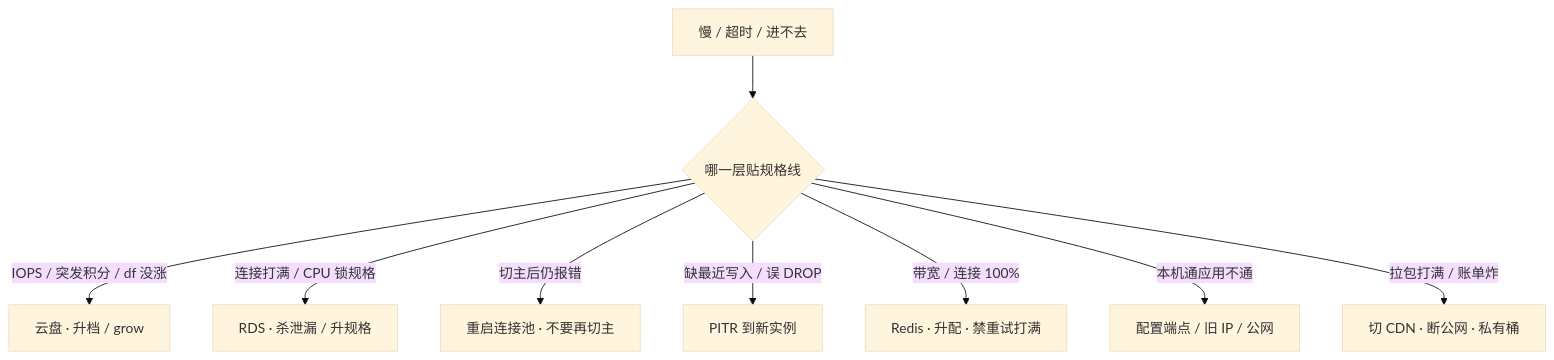
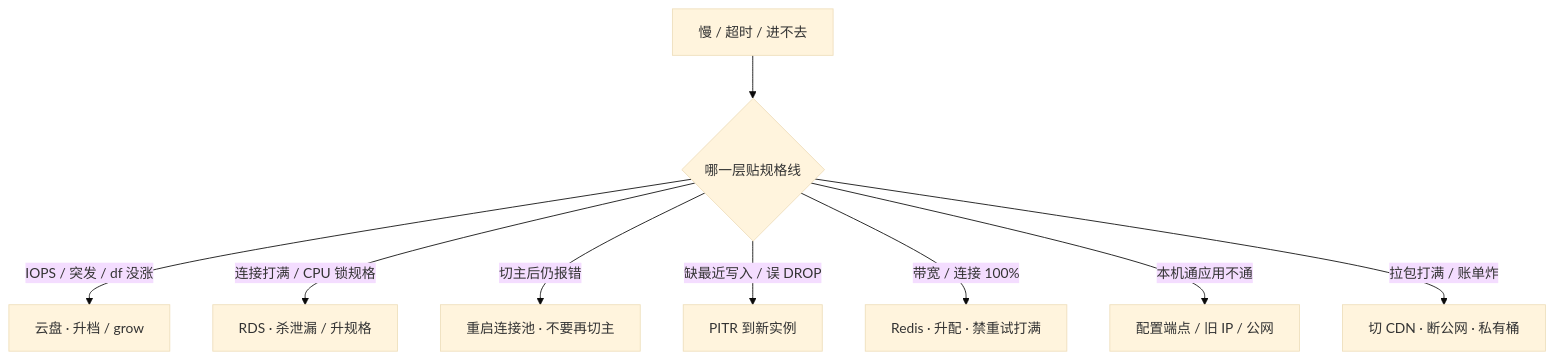
The eighth of 8 diagrams in 06-云平台/03-云上存储与数据库/知识点.md (ml-cuizijun/LearnToLilith), drawn with Mermaid (base theme) before and after one commit. The commit also changed other lines of this file and 178 other files, not shown here.

````diff
--- a/06-云平台/03-云上存储与数据库/知识点.md
+++ b/06-云平台/03-云上存储与数据库/知识点.md
@@ -453,11 +393,11 @@
 ```mermaid
 flowchart TB
     A["慢 / 超时 / 进不去"] --> B{"哪一层贴规格线"}
-    B -->|"IOPS / 突发积分 / df 没涨"| C["云盘 · 升档 / grow"]
+    B -->|"IOPS / 突发 / df 没涨"| C["云盘 · 升档 / grow"]
     B -->|"连接打满 / CPU 锁规格"| D["RDS · 杀泄漏 / 升规格"]
     B -->|"切主后仍报错"| E["重启连接池 · 不要再切主"]
     B -->|"缺最近写入 / 误 DROP"| F["PITR 到新实例"]
     B -->|"带宽 / 连接 100%"| G["Redis · 升配 · 禁重试打满"]
     B -->|"本机通应用不通"| H["配置端点 / 旧 IP / 公网"]
     B -->|"拉包打满 / 账单炸"| I["切 CDN · 断公网 · 私有桶"]
 ```
````
